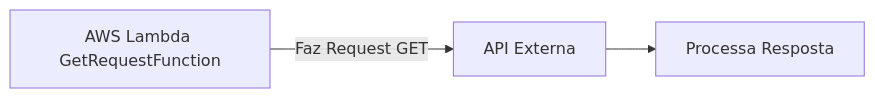
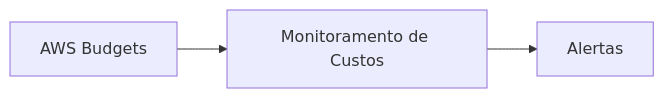
The fourth of 5 diagrams in Bootcamp - Cloud para dados/Aula_10/README.md (lvgalvao/data-engineering-roadmap), drawn with Mermaid before and after one commit. The commit also changed other lines of this file and 1 other file, not shown here.

Commit message:
aws cost explorer

````diff
--- a/Bootcamp - Cloud para dados/Aula_10/README.md
+++ b/Bootcamp - Cloud para dados/Aula_10/README.md
@@ -276,5 +162,5 @@
    ```mermaid
    graph LR
-       Lambda4[AWS Lambda GetRequestFunction] -->|Faz Request GET| API[API Externa]
-       API --> Process4[Processa Resposta]
+       Budgets[AWS Budgets] --> Monitoring[Monitoramento de Custos]
+       Monitoring --> Alerts[Alertas]
    ```
````
